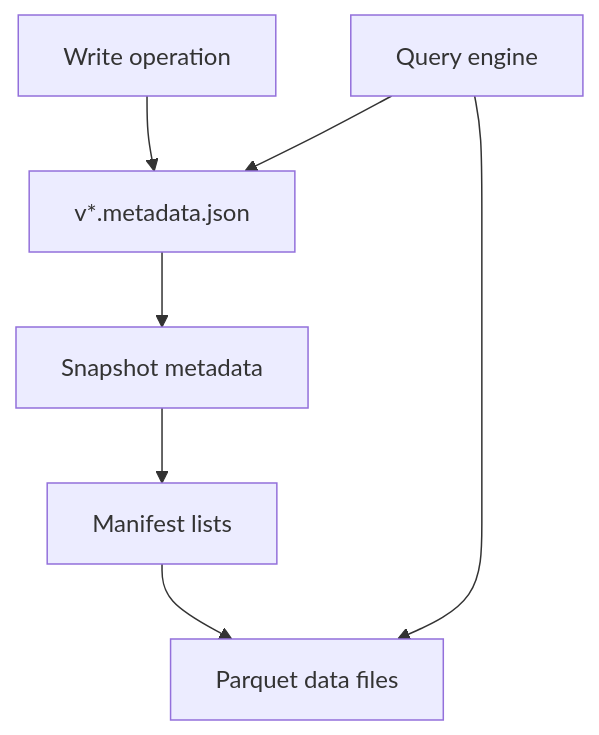
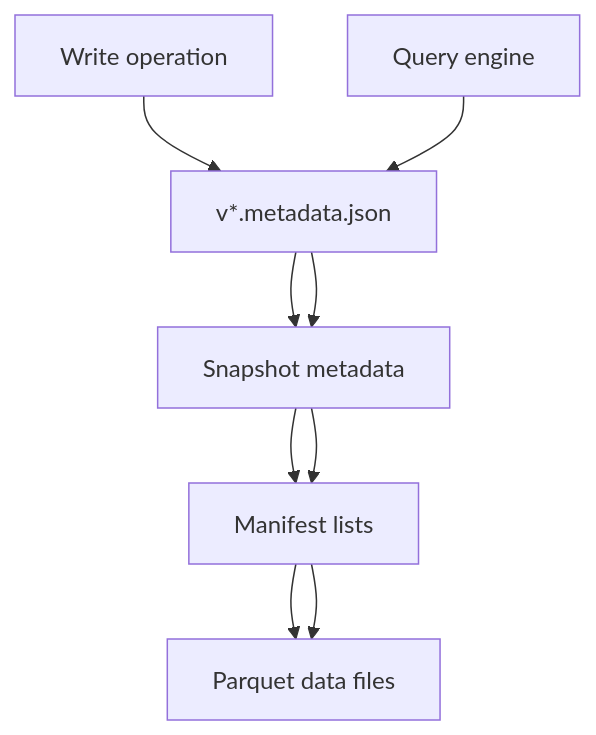
One commit to iamgp/phlo changed the diagram in docs/blog/03-apache-iceberg-explained.md. Above: the diagram before and after it, drawn with Mermaid. The commit also changed 2 other files, not shown here.

Commit message:
chore: final tweaks

````diff
--- a/docs/blog/03-apache-iceberg-explained.md
+++ b/docs/blog/03-apache-iceberg-explained.md
@@ -72,9 +72,11 @@
 ```mermaid
 flowchart TB
     Writer[Write operation] --> Metadata["v*.metadata.json"]
     Metadata --> Snapshots["Snapshot metadata"]
     Snapshots --> Manifests["Manifest lists"]
     Manifests --> DataFiles["Parquet data files"]
     Reader[Query engine] --> Metadata
-    Reader --> DataFiles
+    Metadata --> Snapshots
+    Snapshots --> Manifests
+    Manifests --> DataFiles
 ```
````
